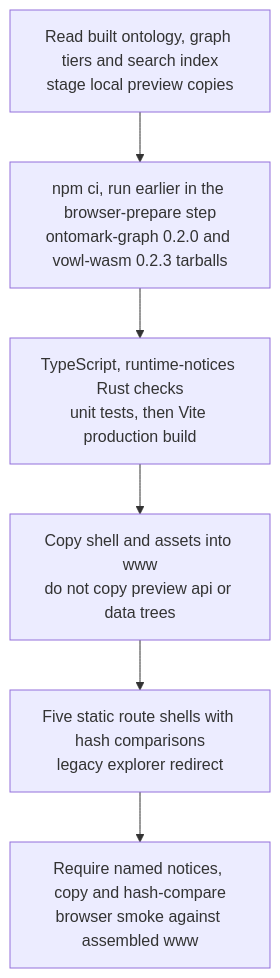
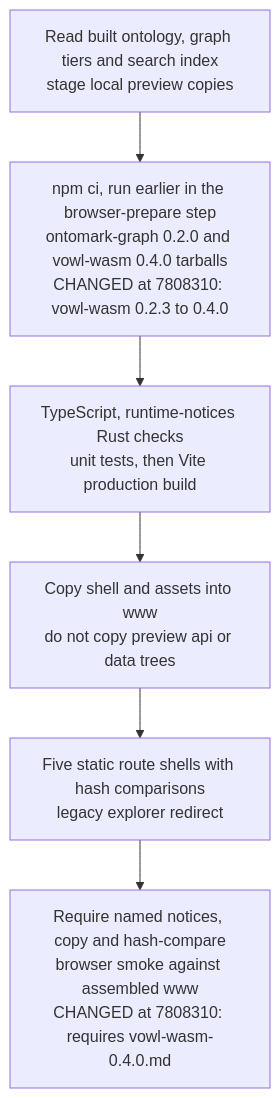
The second of 4 diagrams in docs/diagrams/visiongraph/03-publish-pipeline-and-explorer-build.md (DreamLab-AI/VisionFlow), drawn with Mermaid before and after one commit. The commit also changed other lines of this file and 11 other files, not shown here.

First line of the commit message:
docs(diagrams): visiongraph and knowledgegraph re-verified (explorer on vowl-wasm 0.4.0, knowledgeGraph explorer retired)

````diff
--- a/docs/diagrams/visiongraph/03-publish-pipeline-and-explorer-build.md
+++ b/docs/diagrams/visiongraph/03-publish-pipeline-and-explorer-build.md
@@ -63,18 +63,19 @@
 ```mermaid
 flowchart TB
     INPUT["Read built ontology, graph tiers and search index<br/>stage local preview copies"]
-    DEPS["npm ci, run earlier in the browser-prepare step<br/>ontomark-graph 0.2.0 and vowl-wasm 0.2.3 tarballs"]
+    DEPS["npm ci, run earlier in the browser-prepare step<br/>ontomark-graph 0.2.0 and vowl-wasm 0.4.0 tarballs<br/>CHANGED at 7808310: vowl-wasm 0.2.3 to 0.4.0"]
     CHECK["TypeScript, runtime-notices Rust checks<br/>unit tests, then Vite production build"]
     COPY["Copy shell and assets into www<br/>do not copy preview api or data trees"]
     ROUTES["Five static route shells with hash comparisons<br/>legacy explorer redirect"]
-    NOTICE["Require named notices, copy and hash-compare<br/>browser smoke against assembled www"]
+    NOTICE["Require named notices, copy and hash-compare<br/>browser smoke against assembled www<br/>CHANGED at 7808310: requires vowl-wasm-0.4.0.md"]
     INPUT --> DEPS --> CHECK --> COPY --> ROUTES --> NOTICE
     %% Source: .github/workflows/publish.yml:441
-    %% Source: publishing-tools/WasmVOWL/modern/package.json:24
+    %% Source: publishing-tools/WasmVOWL/modern/package.json:24-25
     %% Source: .github/workflows/publish.yml:338
     %% Source: .github/workflows/publish.yml:460
     %% Source: .github/workflows/publish.yml:474
     %% Source: .github/workflows/publish.yml:483
     %% Source: .github/workflows/publish.yml:496
+    %% Source: .github/workflows/publish.yml:500
     %% Source: .github/workflows/publish.yml:511
 ```
````
